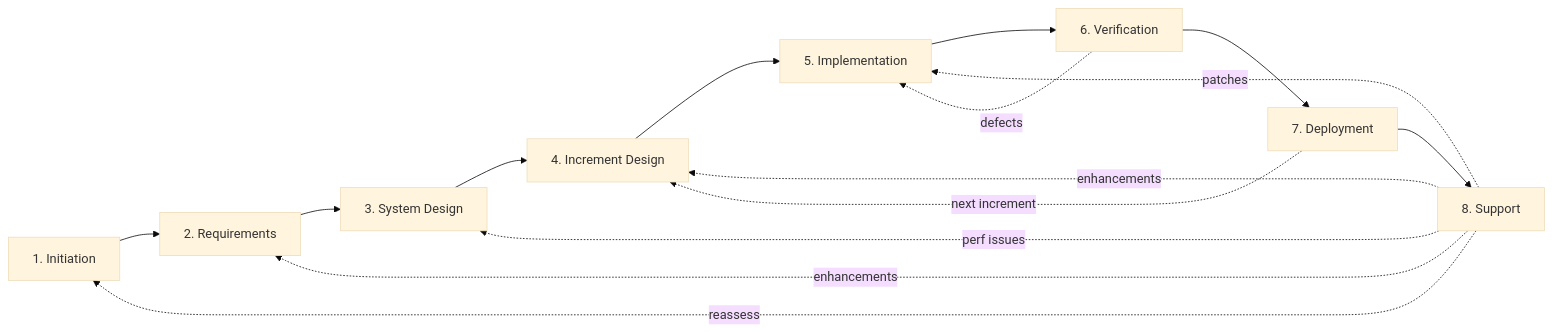
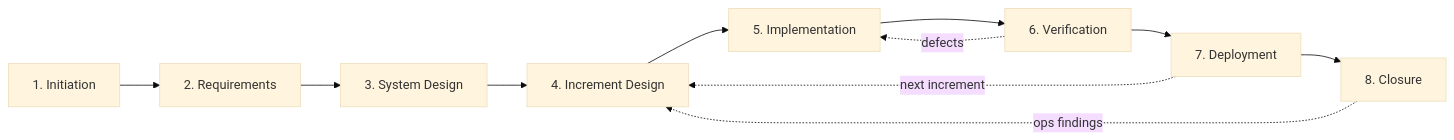
The diagram in guides/agentic-workflow.md (katawright/seichi-framework), drawn with Mermaid (base theme) before and after one commit. The commit also changed other lines of this file and 73 other files, not shown here.

````diff
--- a/guides/agentic-workflow.md
+++ b/guides/agentic-workflow.md
@@ -190,18 +191,14 @@
 ```mermaid
 flowchart LR
     Init[1. Initiation] --> Req[2. Requirements]
     Req --> SD[3. System Design]
     SD --> ID[4. Increment Design]
     ID --> Impl[5. Implementation]
     Impl --> Ver[6. Verification]
     Ver --> Dep[7. Deployment]
-    Dep --> Sup[8. Support]
+    Dep --> Clo[8. Closure]
 
     Ver -.->|defects| Impl
     Dep -.->|next increment| ID
-    Sup -.->|enhancements| Req
-    Sup -.->|perf issues| SD
-    Sup -.->|enhancements| ID
-    Sup -.->|patches| Impl
-    Sup -.->|reassess| Init
+    Clo -.->|ops findings| ID
 ```
````
